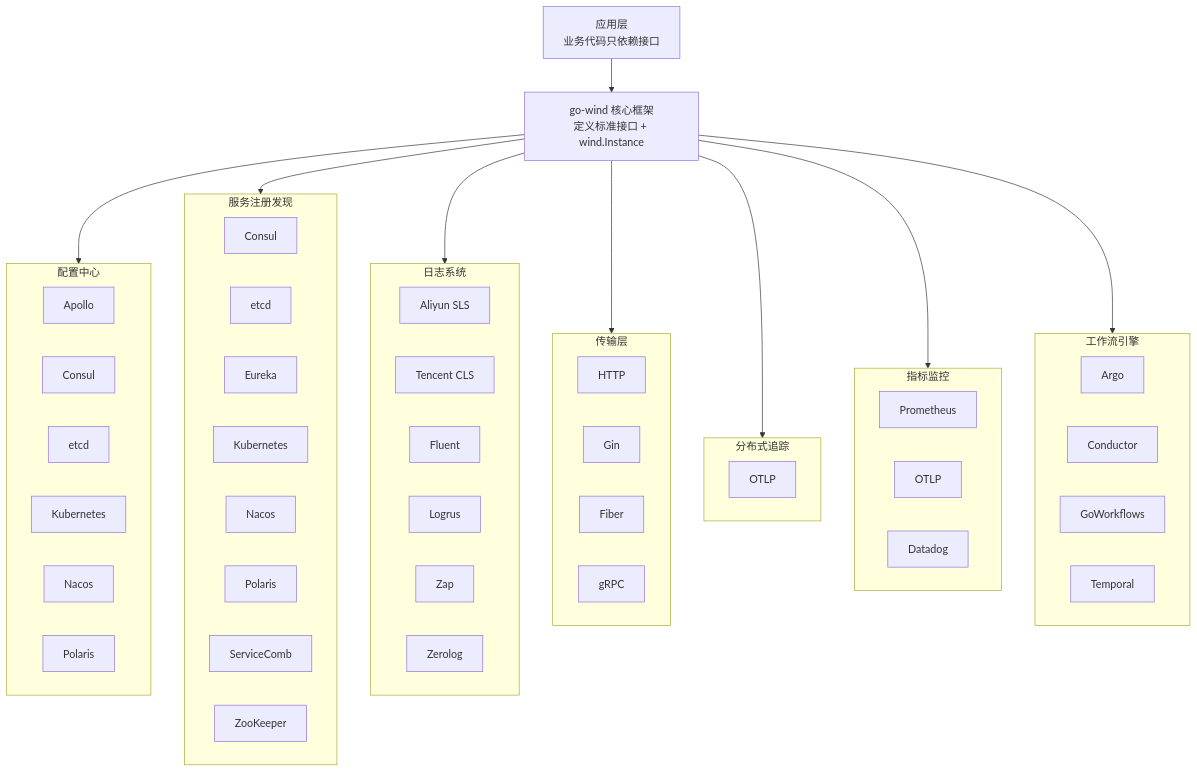
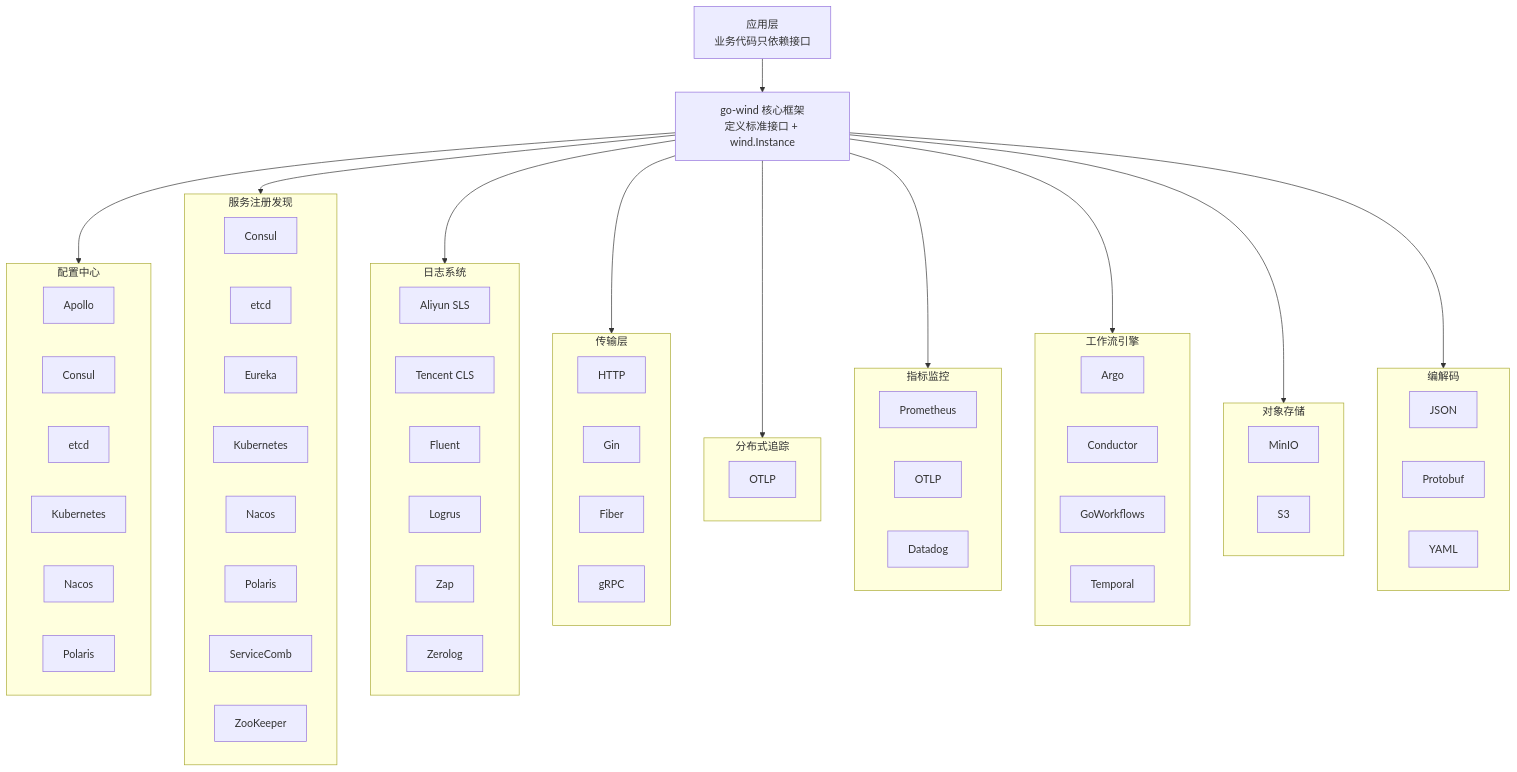
Before and after one commit to kalandramo/go-wind-plugins: the diagram in README.md, drawn with Mermaid. The commit also changed other lines of this file and 123 other files, not shown here.

First line of the commit message:
feat(oss): 添加 MinIO 和 S3 存储客户端实现

````diff
--- a/README.md
+++ b/README.md
@@ -176,67 +202,80 @@
 ```mermaid
 graph TB
     App["应用层<br/>业务代码只依赖接口"]
     Core["go-wind 核心框架<br/>定义标准接口 + wind.Instance"]
 
     subgraph Config["配置中心"]
         CApollo[Apollo]
         CConsul[Consul]
         CEtcd[etcd]
         CK8s[Kubernetes]
         CNacos[Nacos]
         CPolaris[Polaris]
     end
 
     subgraph Registry["服务注册发现"]
         RConsul[Consul]
         REtcd[etcd]
         REureka[Eureka]
         RK8s[Kubernetes]
         RNacos[Nacos]
         RPolaris[Polaris]
         RServiceComb[ServiceComb]
         RZK[ZooKeeper]
     end
 
     subgraph Log["日志系统"]
         LAliyun[Aliyun SLS]
         LTencent[Tencent CLS]
         LFluent[Fluent]
         LLogrus[Logrus]
         LZap[Zap]
         LZerolog[Zerolog]
     end
 
     subgraph Transport["传输层"]
         THTTP[HTTP]
         TGin[Gin]
         TFiber[Fiber]
         TGRPC[gRPC]
     end
 
     subgraph Tracer["分布式追踪"]
         TOTLP[OTLP]
     end
 
     subgraph Metrics["指标监控"]
         MProm[Prometheus]
         MOtel[OTLP]
         MDatadog[Datadog]
     end
 
     subgraph Workflow["工作流引擎"]
         WArgo[Argo]
         WConductor[Conductor]
         WGoWorkflows[GoWorkflows]
         WTemporal[Temporal]
     end
 
+    subgraph OSS["对象存储"]
+        OMinio[MinIO]
+        OS3[S3]
+    end
+
     App --> Core
     Core --> Config
     Core --> Registry
     Core --> Log
     Core --> Transport
     Core --> Tracer
     Core --> Metrics
     Core --> Workflow
+    Core --> OSS
+    Core --> Encoding
+
+    subgraph Encoding["编解码"]
+        EJSON[JSON]
+        EProto[Protobuf]
+        EYAML[YAML]
+    end
 ```
````
